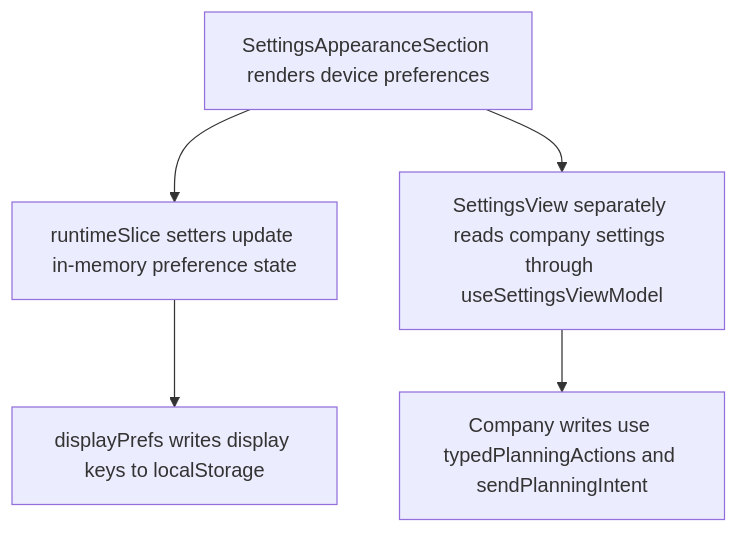
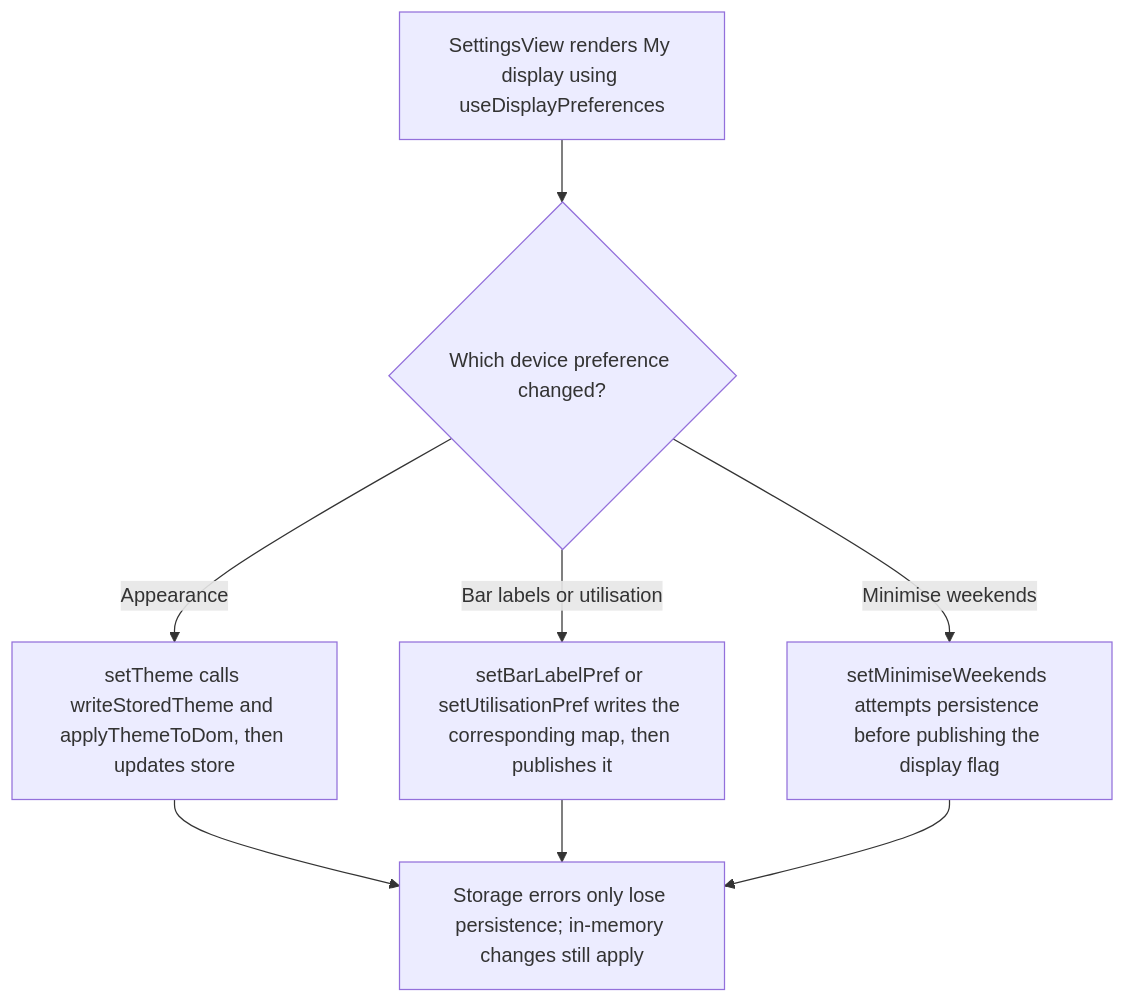
One commit to Kevinjohn/capacitylens changed the second of 2 diagrams in user-stories/settings/US-SET-08-clear-local-storage.md. Above: the diagram before and after it, drawn with Mermaid. The commit also changed other lines of this file and 172 other files, not shown here.

Commit message:
docs: reconcile user story code flows with source

````diff
--- a/user-stories/settings/US-SET-08-clear-local-storage.md
+++ b/user-stories/settings/US-SET-08-clear-local-storage.md
@@ -26,7 +28,10 @@
 ```mermaid
 flowchart TD
-  settings["SettingsAppearanceSection renders device preferences"] --> runtime["runtimeSlice setters update in-memory preference state"]
-  runtime --> storage["displayPrefs writes display keys to localStorage"]
-  settings --> companySettings["SettingsView separately reads company settings through useSettingsViewModel"]
-  companySettings --> company["Company writes use typedPlanningActions and sendPlanningIntent"]
+  view["SettingsView renders My display using useDisplayPreferences"] --> source{"Which device preference changed?"}
+  source -->|Appearance| theme["setTheme calls writeStoredTheme and applyThemeToDom, then updates store"]
+  source -->|Bar labels or utilisation| maps["setBarLabelPref or setUtilisationPref writes the corresponding map, then publishes it"]
+  source -->|Minimise weekends| weekends["setMinimiseWeekends attempts persistence before publishing the display flag"]
+  theme --> storage["Storage errors only lose persistence; in-memory changes still apply"]
+  maps --> storage
+  weekends --> storage
 ```
````
